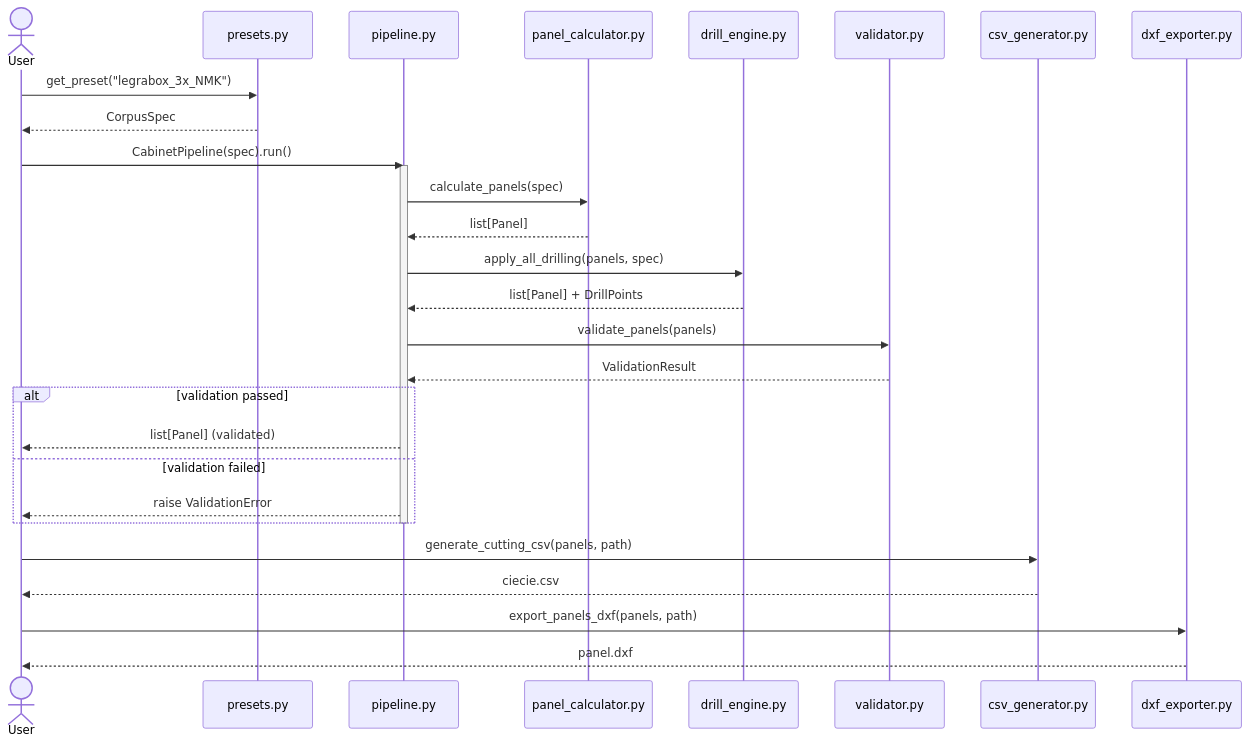
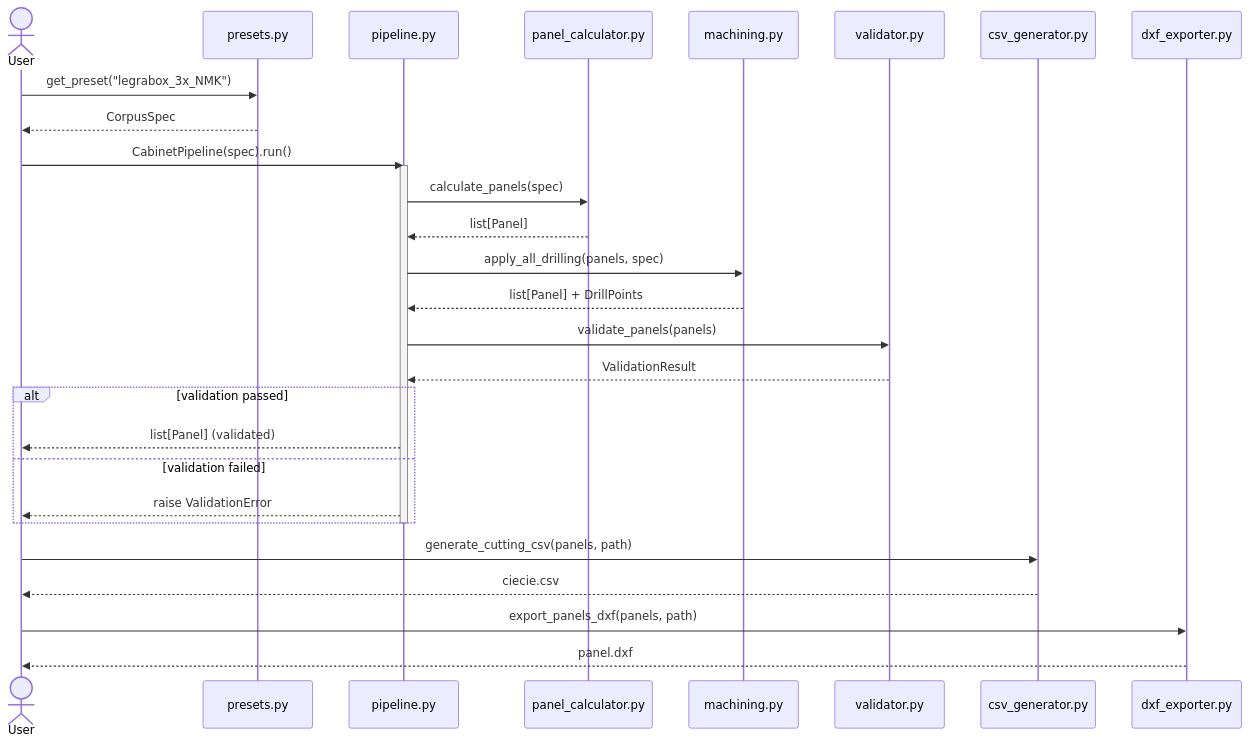
The sixth of 13 diagrams in kitchen-cam/docs/architecture.md (m1981/kuchnie), drawn with Mermaid before and after one commit. The commit also changed other lines of this file and 5 other files, not shown here.

````diff
--- a/kitchen-cam/docs/architecture.md
+++ b/kitchen-cam/docs/architecture.md
@@ -471,39 +471,39 @@
 ```mermaid
 sequenceDiagram
     actor User
     participant Presets as presets.py
     participant Pipeline as pipeline.py
     participant Calc as panel_calculator.py
-    participant Drill as drill_engine.py
+    participant Drill as machining.py
     participant Valid as validator.py
     participant CSV as csv_generator.py
     participant DXF as dxf_exporter.py
 
     User->>Presets: get_preset("legrabox_3x_NMK")
     Presets-->>User: CorpusSpec
 
     User->>Pipeline: CabinetPipeline(spec).run()
     activate Pipeline
 
     Pipeline->>Calc: calculate_panels(spec)
     Calc-->>Pipeline: list[Panel]
 
     Pipeline->>Drill: apply_all_drilling(panels, spec)
     Drill-->>Pipeline: list[Panel] + DrillPoints
 
     Pipeline->>Valid: validate_panels(panels)
     Valid-->>Pipeline: ValidationResult
 
     alt validation passed
         Pipeline-->>User: list[Panel] (validated)
     else validation failed
         Pipeline-->>User: raise ValidationError
     end
     deactivate Pipeline
 
     User->>CSV: generate_cutting_csv(panels, path)
     CSV-->>User: ciecie.csv
 
     User->>DXF: export_panels_dxf(panels, path)
     DXF-->>User: panel.dxf
 ```
````
